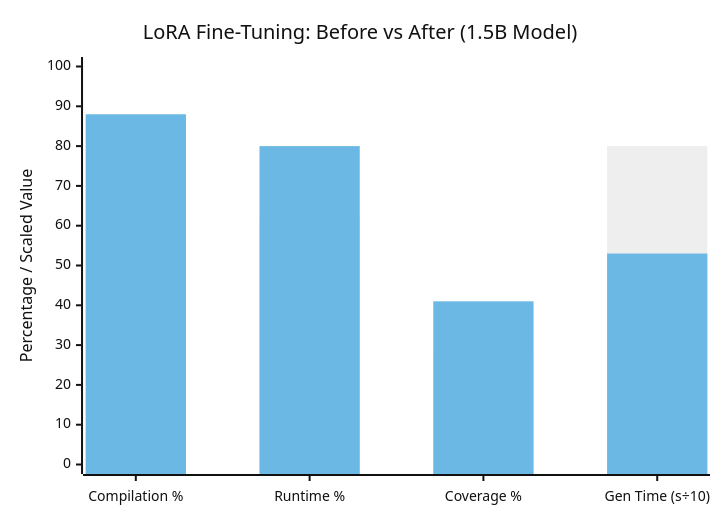
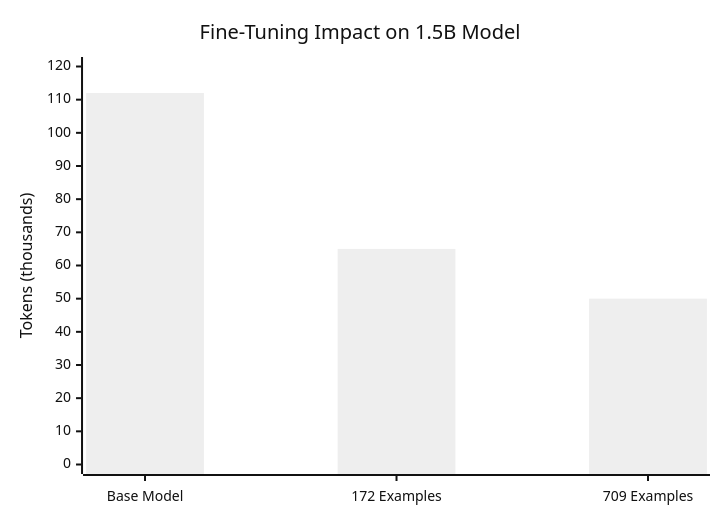
One commit to abrar0205/temp_thesis changed the second of 4 diagrams in Chapter_5_Experimental_Results.md. Above: the diagram before and after it, drawn with Mermaid. The commit also changed other lines of this file, not shown here.

````diff
--- a/Chapter_5_Experimental_Results.md
+++ b/Chapter_5_Experimental_Results.md
@@ -131,9 +150,8 @@
 ```mermaid
 %%{init: {'theme': 'neutral'}}%%
 xychart-beta
-    title "LoRA Fine-Tuning: Before vs After (1.5B Model)"
-    x-axis ["Compilation %", "Runtime %", "Coverage %", "Gen Time (s÷10)"]
-    y-axis "Percentage / Scaled Value" 0 --> 100
-    bar "Before" [70, 62, 28, 80]
-    bar "After" [88, 80, 41, 53]
+    title "Fine-Tuning Impact on 1.5B Model"
+    x-axis ["Base Model", "172 Examples", "709 Examples"]
+    y-axis "Tokens (thousands)" 0 --> 120
+    bar [112, 65, 50]
 ```
````
